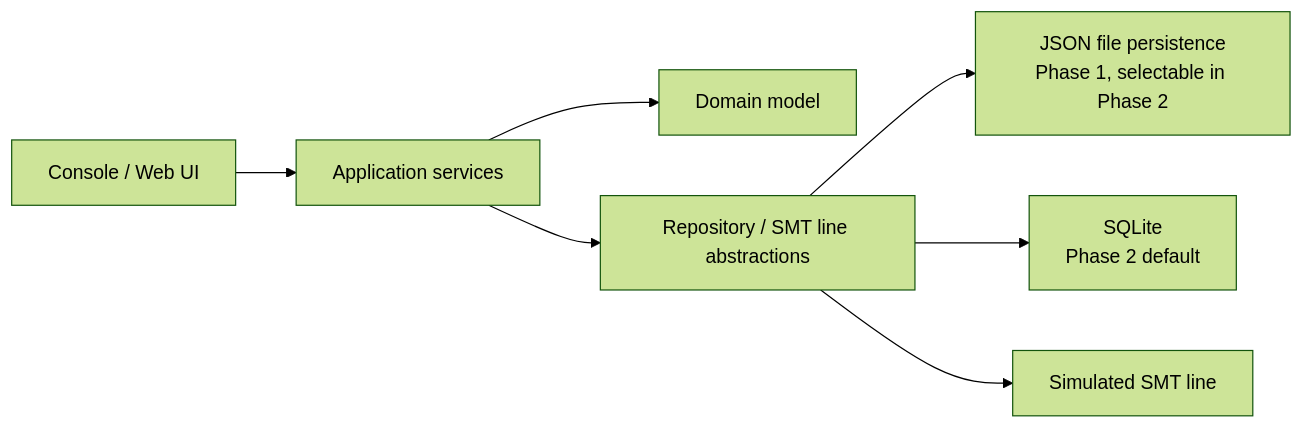
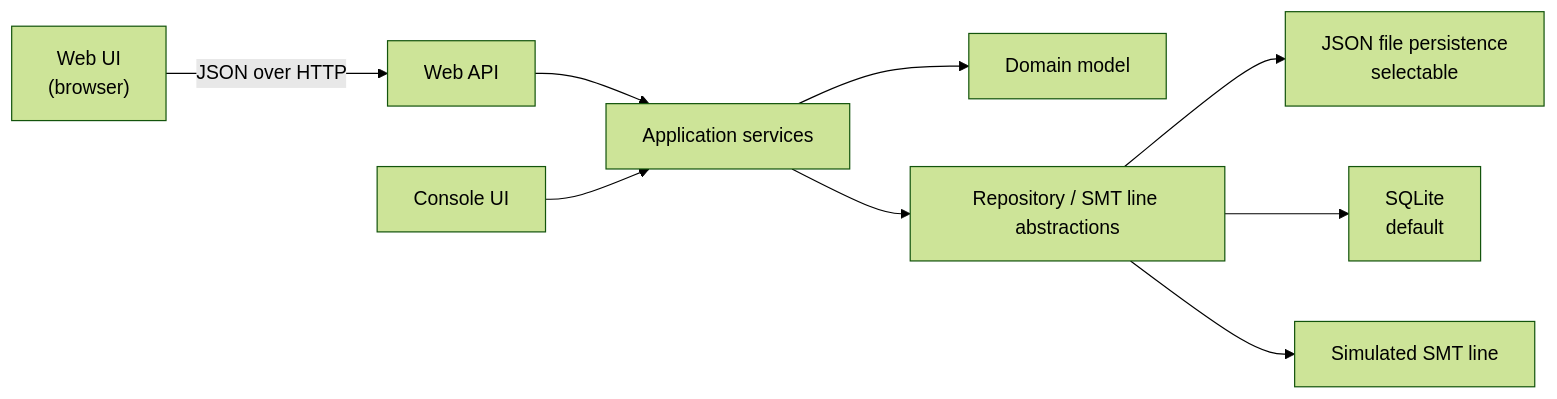
The first of 6 diagrams in docs/architecture.md (mikhail-poda/smt-order-manager), drawn with Mermaid (forest theme) before and after one commit. The commit also changed other lines of this file and 3 other files, not shown here.

````diff
--- a/docs/architecture.md
+++ b/docs/architecture.md
@@ -13,17 +13,21 @@
 ```mermaid
 flowchart LR
-    UI["Console / Web UI"]
+    WEB["Web UI<br/>(browser)"]
+    API["Web API"]
+    CLI["Console UI"]
     APP["Application services"]
     DOMAIN["Domain model"]
     PORTS["Repository / SMT line abstractions"]
-    JSON["JSON file persistence<br/>Phase 1, selectable in Phase 2"]
-    SQLITE["SQLite<br/>Phase 2 default"]
+    JSON["JSON file persistence<br/>selectable"]
+    SQLITE["SQLite<br/>default"]
     LINE["Simulated SMT line"]
 
-    UI --> APP
+    WEB -- "JSON over HTTP" --> API
+    API --> APP
+    CLI --> APP
     APP --> DOMAIN
     APP --> PORTS
     PORTS --> JSON
     PORTS --> SQLITE
     PORTS --> LINE
 ```
````
